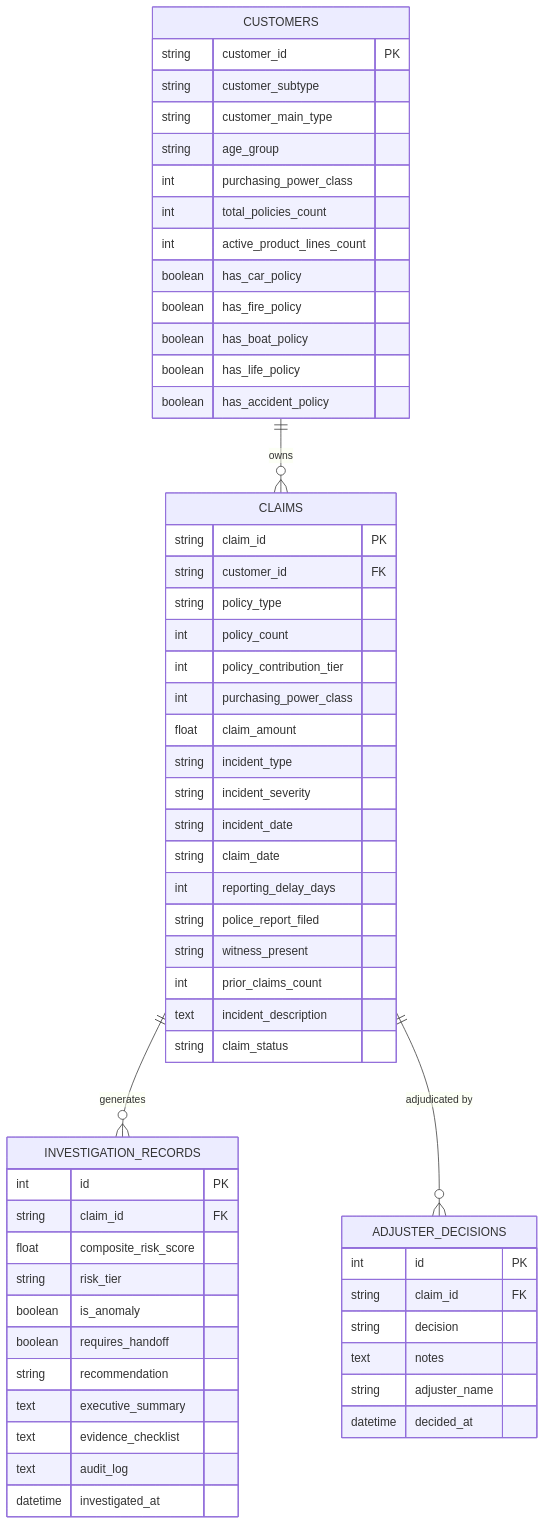
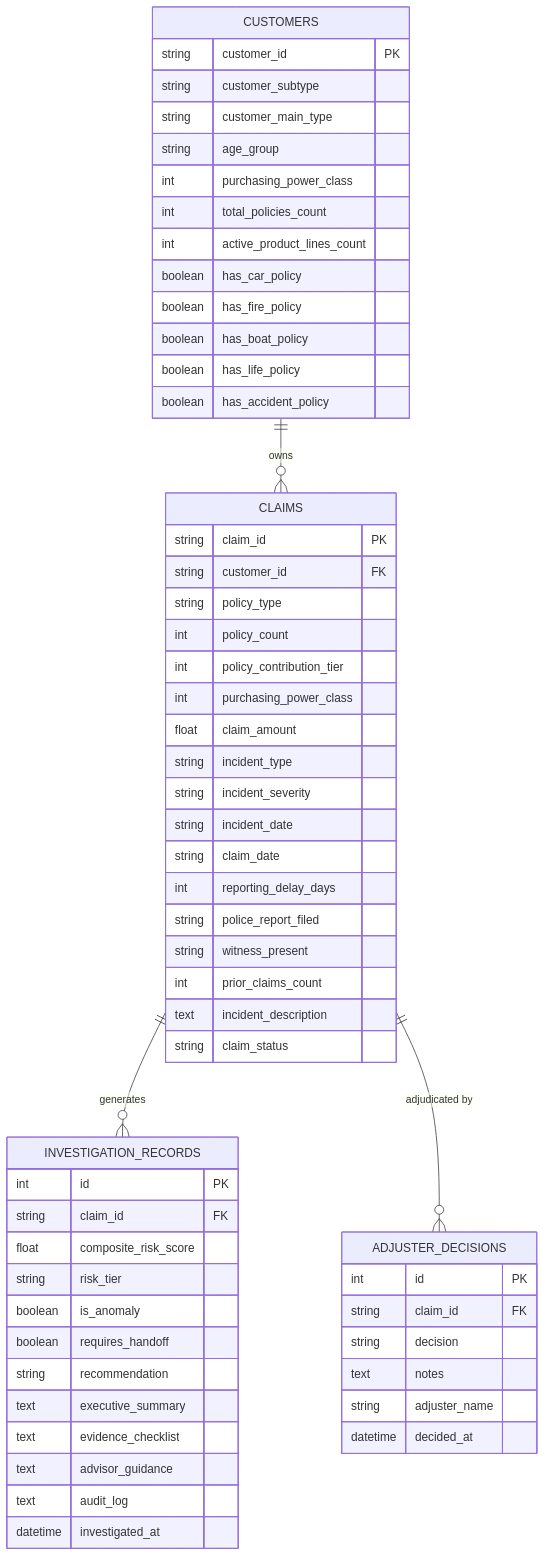
The fifth of 5 diagrams in task5_documentation/ARCHITECTURE.md (loyaldudee/Capstone), drawn with Mermaid before and after one commit. The commit also changed other lines of this file and 6 other files, not shown here.

````diff
--- a/task5_documentation/ARCHITECTURE.md
+++ b/task5_documentation/ARCHITECTURE.md
@@ -169,64 +246,65 @@
 ```mermaid
 erDiagram
     CUSTOMERS ||--o{ CLAIMS : "owns"
     CLAIMS ||--o{ INVESTIGATION_RECORDS : "generates"
     CLAIMS ||--o{ ADJUSTER_DECISIONS : "adjudicated by"
 
     CUSTOMERS {
         string customer_id PK
         string customer_subtype
         string customer_main_type
         string age_group
         int purchasing_power_class
         int total_policies_count
         int active_product_lines_count
         boolean has_car_policy
         boolean has_fire_policy
         boolean has_boat_policy
         boolean has_life_policy
         boolean has_accident_policy
     }
 
     CLAIMS {
         string claim_id PK
         string customer_id FK
         string policy_type
         int policy_count
         int policy_contribution_tier
         int purchasing_power_class
         float claim_amount
         string incident_type
         string incident_severity
         string incident_date
         string claim_date
         int reporting_delay_days
         string police_report_filed
         string witness_present
         int prior_claims_count
         text incident_description
         string claim_status
     }
 
     INVESTIGATION_RECORDS {
         int id PK
         string claim_id FK
         float composite_risk_score
         string risk_tier
         boolean is_anomaly
         boolean requires_handoff
         string recommendation
         text executive_summary
         text evidence_checklist
+        text advisor_guidance
         text audit_log
         datetime investigated_at
     }
 
     ADJUSTER_DECISIONS {
         int id PK
         string claim_id FK
         string decision
         text notes
         string adjuster_name
         datetime decided_at
     }
 ```
````
